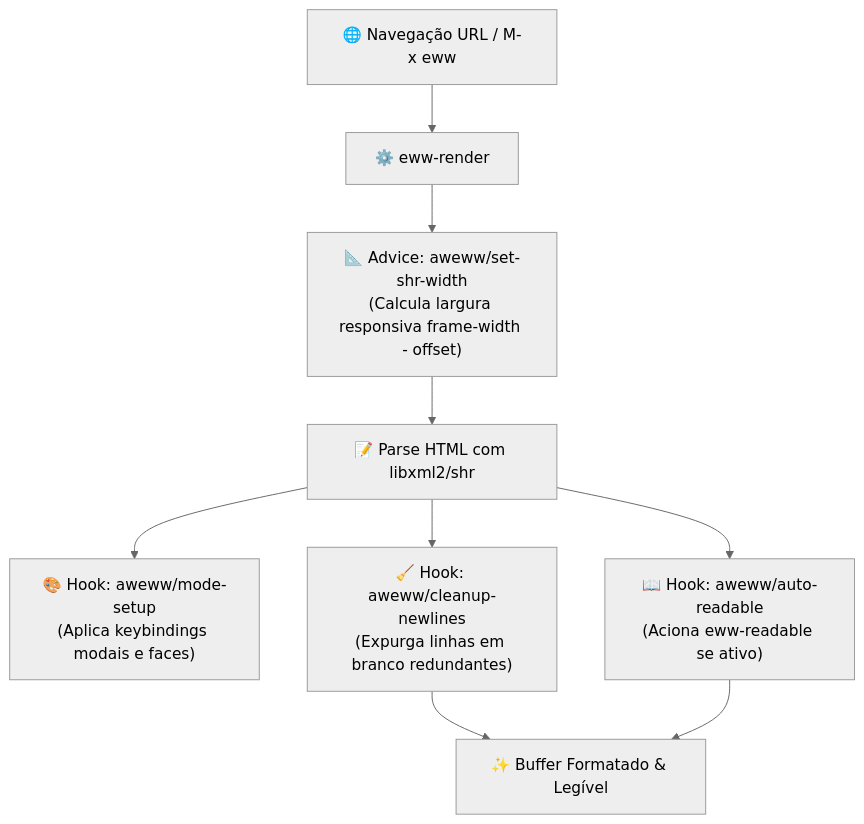
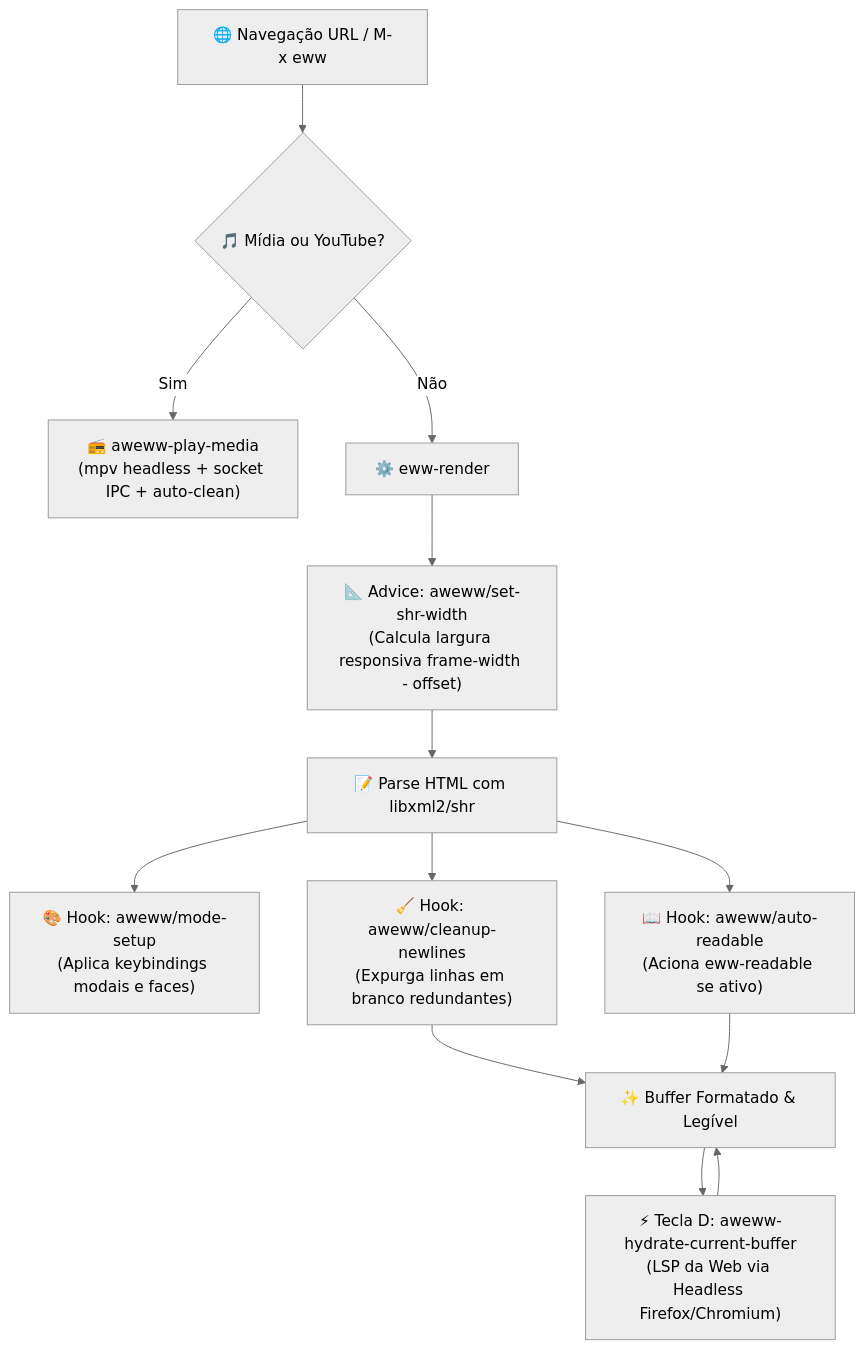
Before and after one commit to GabrielFrigo4/emacs: the diagram in usr/local/aweww/README.md, drawn with Mermaid (neutral theme). The commit also changed other lines of this file and 4 other files, not shown here.

Commit message:
feat(aweww): implement headless cdp web lsp engine with firefox default and mpv ipc

````diff
--- a/usr/local/aweww/README.md
+++ b/usr/local/aweww/README.md
@@ -23,11 +23,15 @@
 ```mermaid
 flowchart TD
-    URL["🌐 Navegação URL / M-x eww"] --> RENDER["⚙️ eww-render"]
+    URL["🌐 Navegação URL / M-x eww"] --> CHECK{"🎵 Mídia ou YouTube?"}
+    CHECK -->|Sim| MPV["📻 aweww-play-media<br/>(mpv headless + socket IPC + auto-clean)"]
+    CHECK -->|Não| RENDER["⚙️ eww-render"]
     RENDER --> ADVICE["📐 Advice: aweww/set-shr-width<br/>(Calcula largura responsiva frame-width - offset)"]
     ADVICE --> PARSE["📝 Parse HTML com libxml2/shr"]
     PARSE --> HOOK_SETUP["🎨 Hook: aweww/mode-setup<br/>(Aplica keybindings modais e faces)"]
     PARSE --> HOOK_CLEAN["🧹 Hook: aweww/cleanup-newlines<br/>(Expurga linhas em branco redundantes)"]
     PARSE --> HOOK_READ["📖 Hook: aweww/auto-readable<br/>(Aciona eww-readable se ativo)"]
     HOOK_CLEAN --> BUFFER["✨ Buffer Formatado & Legível"]
     HOOK_READ --> BUFFER
+    BUFFER --> HYDRATE["⚡ Tecla D: aweww-hydrate-current-buffer<br/>(LSP da Web via Headless Firefox/Chromium)"]
+    HYDRATE --> BUFFER
 ```
````
